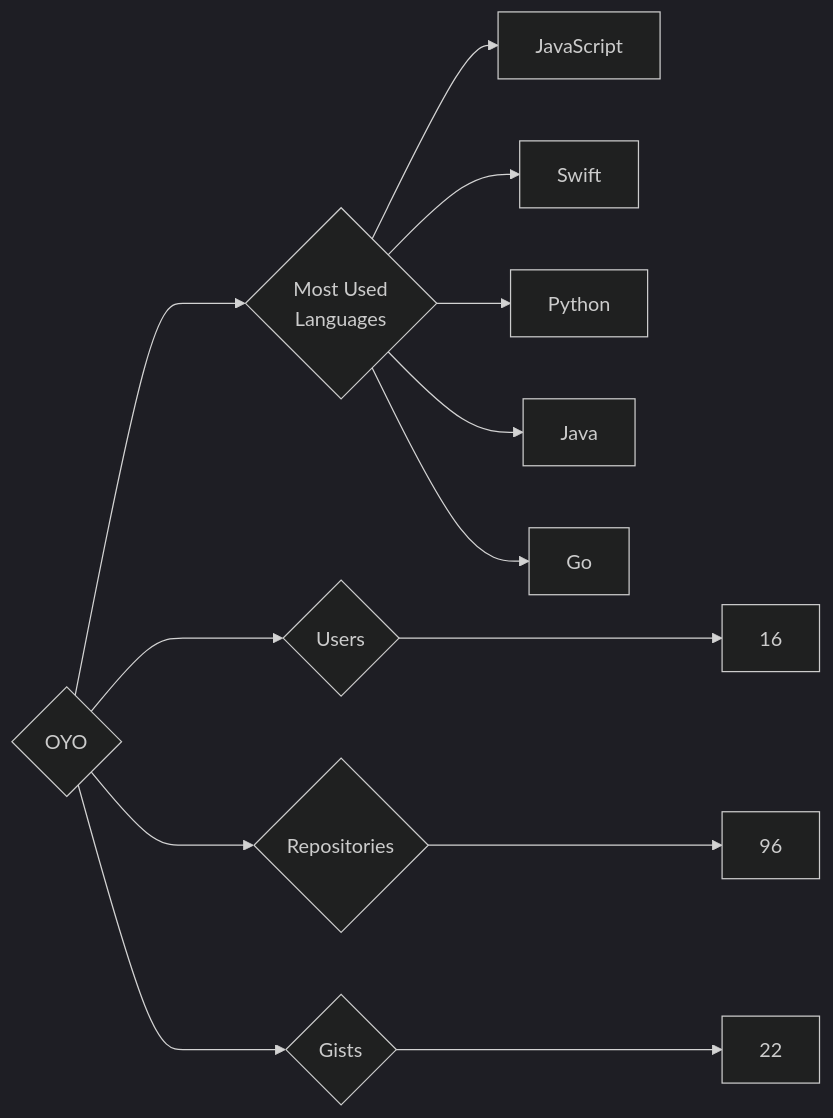
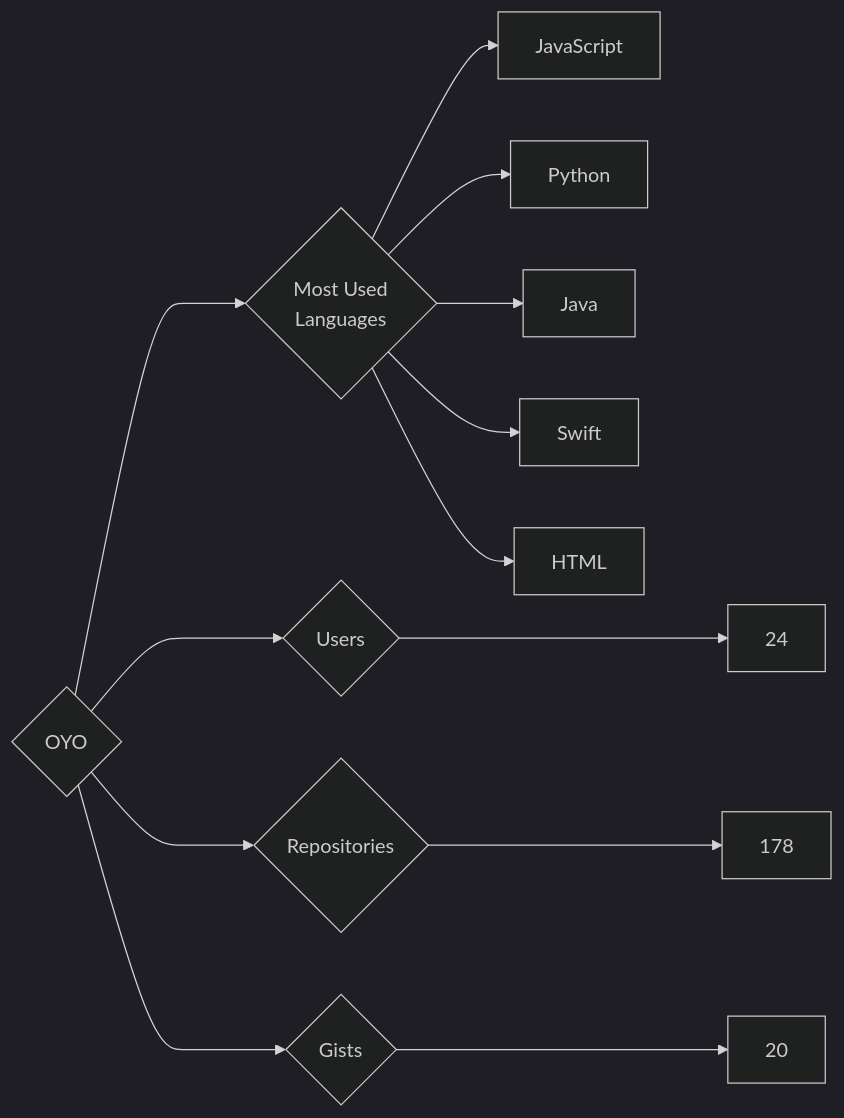
The diagram in targets/OYO/README.md (trickest/insiders), drawn with Mermaid (dark theme) before and after one commit. The commit also changed 955 other files, not shown here.

````diff
--- a/targets/OYO/README.md
+++ b/targets/OYO/README.md
@@ -3,13 +3,13 @@
 ```mermaid
 graph LR
 COMPANY_NAME{OYO}
-COMPANY_NAME ---> U{Users} ---> UN[16]
-COMPANY_NAME ---> R{Repositories} ---> RN[96]
-COMPANY_NAME ---> G{Gists} ---> GN[22]
+COMPANY_NAME ---> U{Users} ---> UN[24]
+COMPANY_NAME ---> R{Repositories} ---> RN[178]
+COMPANY_NAME ---> G{Gists} ---> GN[20]
 COMPANY_NAME ---> ML{Most Used<br>Languages}
 ML --> JavaScript[JavaScript]
-ML --> Swift[Swift]
 ML --> Python[Python]
 ML --> Java[Java]
-ML --> Go[Go]
+ML --> Swift[Swift]
+ML --> HTML[HTML]
 ```
````
